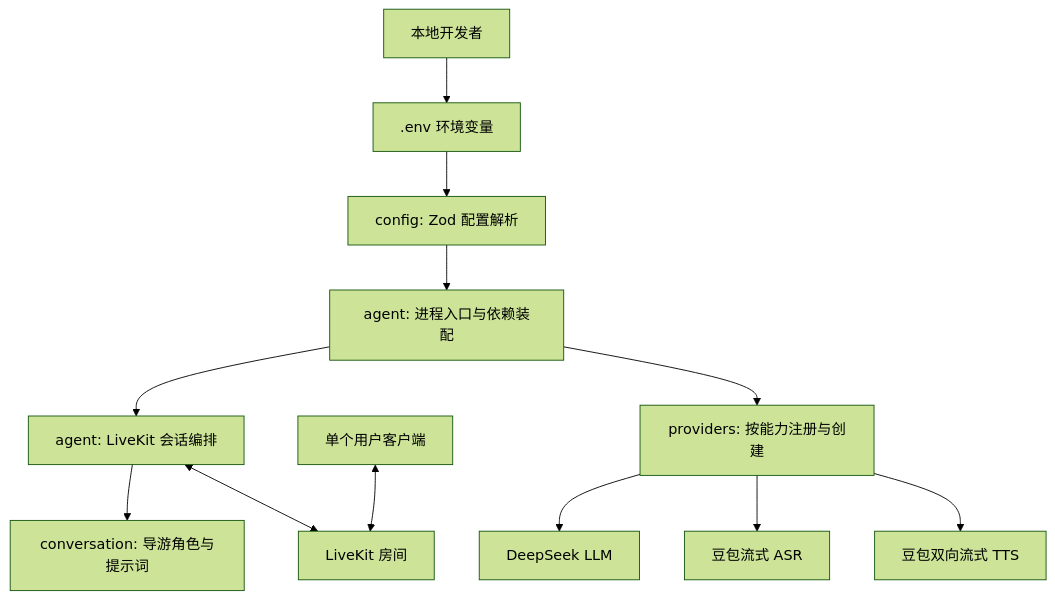
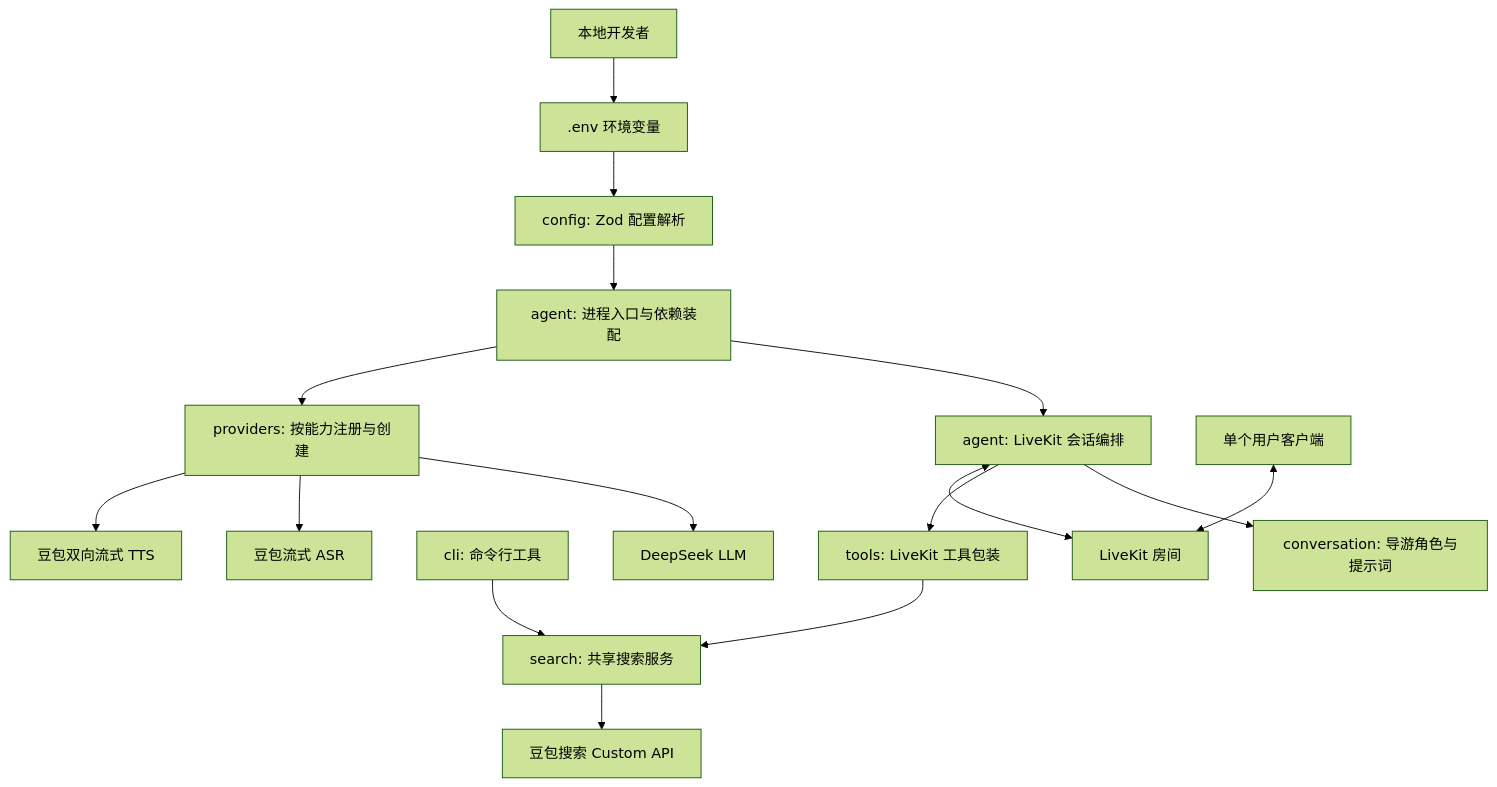
One commit to QAyong/msfs-ai-voice-guide changed the first of 3 diagrams in docs/architecture/overview.md. Above: the diagram before and after it, drawn with Mermaid (forest theme). The commit also changed other lines of this file and 4 other files, not shown here.

Commit message:
docs: document web search integration plan

````diff
--- a/docs/architecture/overview.md
+++ b/docs/architecture/overview.md
@@ -14,14 +14,18 @@
 ```mermaid
 graph TD
     Dev[本地开发者] --> Env[.env 环境变量]
     Env --> Config[config: Zod 配置解析]
     Config --> Bootstrap[agent: 进程入口与依赖装配]
     Bootstrap --> Session[agent: LiveKit 会话编排]
     Bootstrap --> Providers[providers: 按能力注册与创建]
     Session --> Guide[conversation: 导游角色与提示词]
+    Session --> Tools[tools: LiveKit 工具包装]
+    Tools --> Search[search: 共享搜索服务]
+    CLI[cli: 命令行工具] --> Search
+    Search --> WebSearch[豆包搜索 Custom API]
     Providers --> LLM[DeepSeek LLM]
     Providers --> STT[豆包流式 ASR]
     Providers --> TTS[豆包双向流式 TTS]
     Session <--> Room[LiveKit 房间]
     User[单个用户客户端] <--> Room
 ```
````
